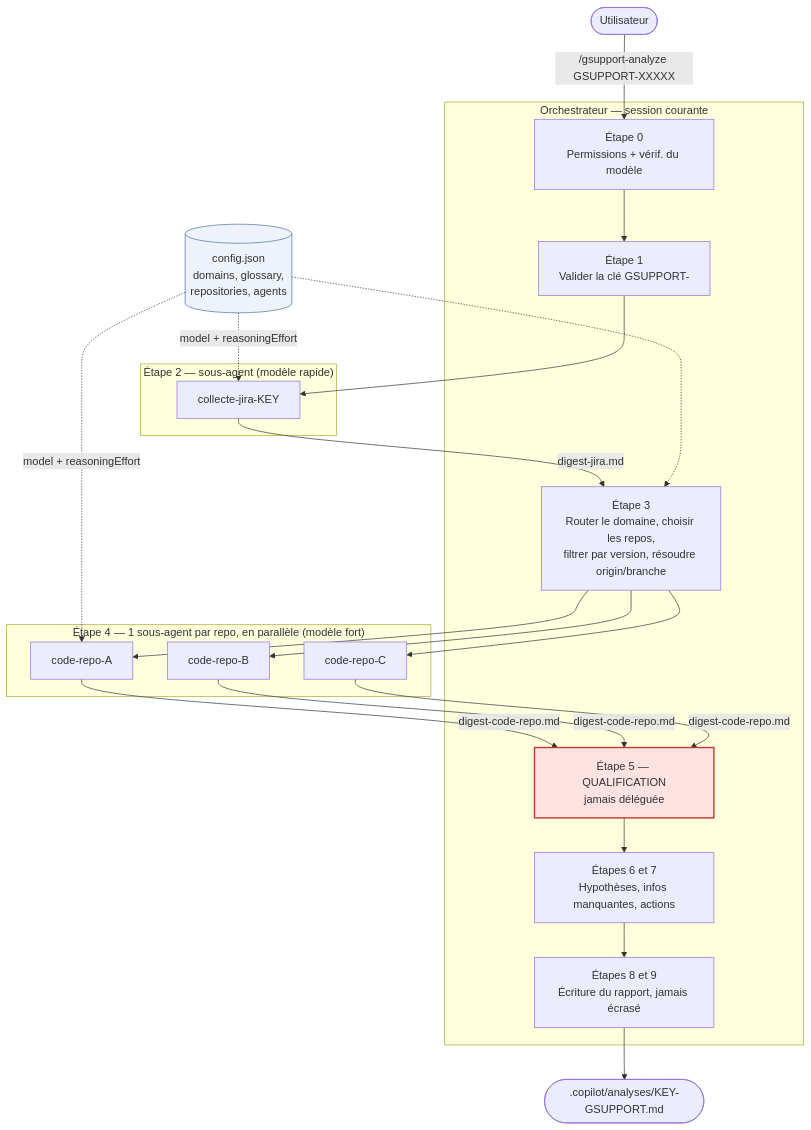
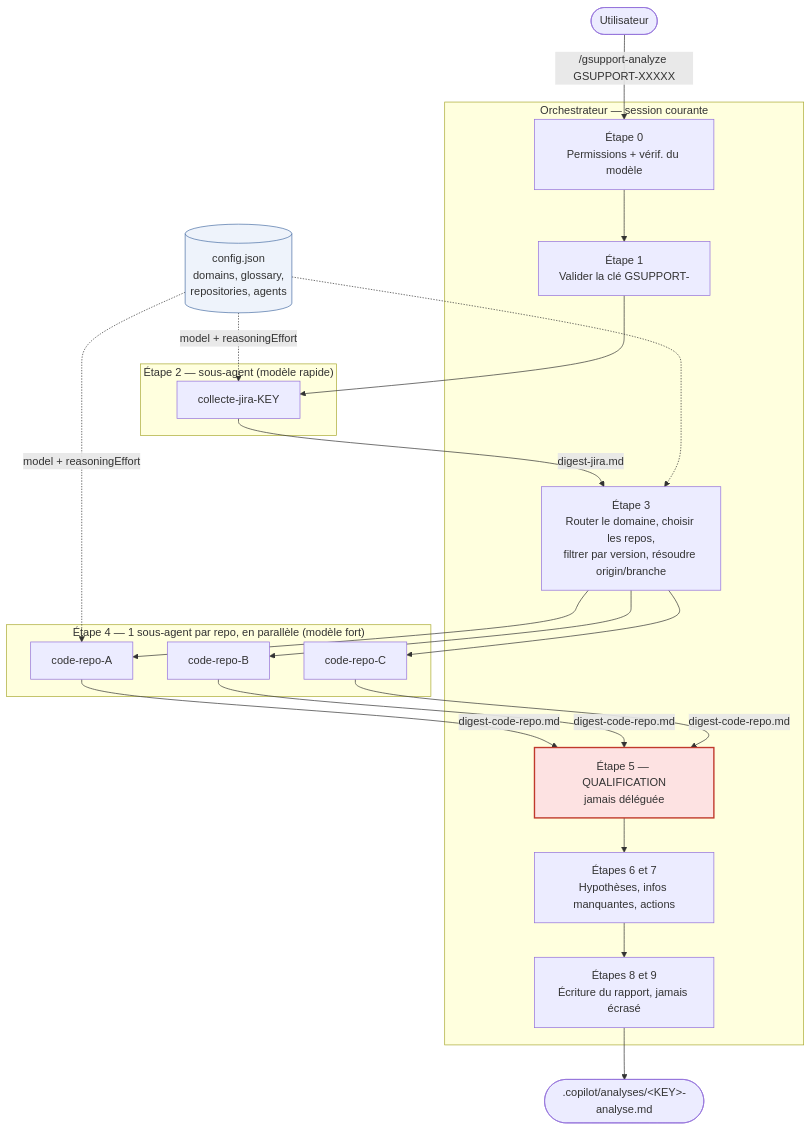
The first of 5 diagrams in skills/gsupport-analyze/ARCHITECTURE.md (tomsoulage-dedalus/presc-workflows-tools), drawn with Mermaid before and after one commit. The commit also changed other lines of this file and 2 other files, not shown here.

First line of the commit message:
docs(skills): règle de synchro ARCHITECTURE.md et renommage du rapport

````diff
--- a/skills/gsupport-analyze/ARCHITECTURE.md
+++ b/skills/gsupport-analyze/ARCHITECTURE.md
@@ -21,36 +26,36 @@
 ```mermaid
 flowchart TD
     U([Utilisateur]) -->|/gsupport-analyze GSUPPORT-XXXXX| E0
 
     subgraph ORCH["Orchestrateur — session courante"]
         E0["Étape 0<br/>Permissions + vérif. du modèle"]
         E1["Étape 1<br/>Valider la clé GSUPPORT-"]
         E3["Étape 3<br/>Router le domaine, choisir les repos,<br/>filtrer par version, résoudre origin/branche"]
         E5["Étape 5 — QUALIFICATION<br/>jamais déléguée"]
         E6["Étapes 6 et 7<br/>Hypothèses, infos manquantes, actions"]
         E89["Étapes 8 et 9<br/>Écriture du rapport, jamais écrasé"]
     end
 
     subgraph SUB2["Étape 2 — sous-agent (modèle rapide)"]
         A2["collecte-jira-KEY"]
     end
 
     subgraph SUB4["Étape 4 — 1 sous-agent par repo, en parallèle (modèle fort)"]
         A4A["code-repo-A"]
         A4B["code-repo-B"]
         A4C["code-repo-C"]
     end
 
     E0 --> E1 --> A2
     A2 -->|digest-jira.md| E3
     E3 --> A4A & A4B & A4C
     A4A & A4B & A4C -->|digest-code-repo.md| E5
-    E5 --> E6 --> E89 --> R([".copilot/analyses/KEY-GSUPPORT.md"])
+    E5 --> E6 --> E89 --> R([".copilot/analyses/&lt;KEY&gt;-analyse.md"])
 
     CFG[(config.json<br/>domains, glossary,<br/>repositories, agents)] -.-> E3
     CFG -.->|model + reasoningEffort| A2
     CFG -.->|model + reasoningEffort| A4A
 
     style E5 fill:#fde2e2,stroke:#c0392b,stroke-width:2px
     style CFG fill:#eef3fb,stroke:#4a6fa5
 ```
````
